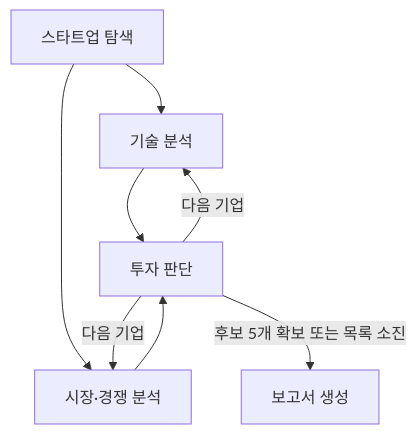
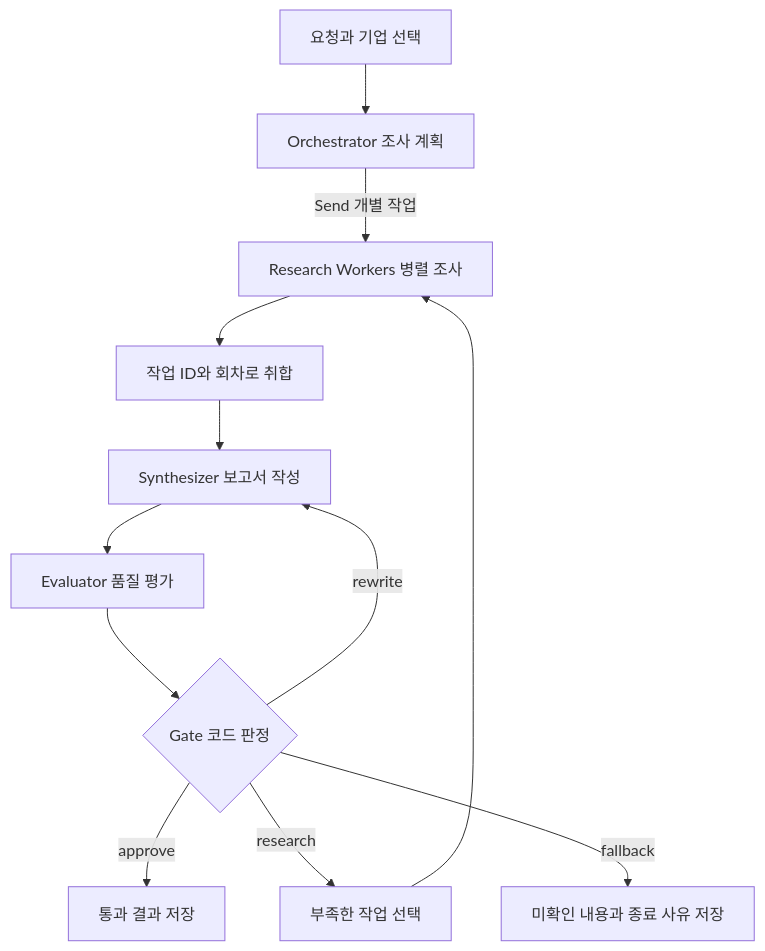
The diagram in README.md (nowjinpark/ai-startup-investment-agent), drawn with Mermaid before and after one commit. The commit also changed other lines of this file and 95 other files, not shown here.

````diff
--- a/README.md
+++ b/README.md
@@ -61,10 +127,14 @@
 ```mermaid
-graph TD
-    A[스타트업 탐색] --> B[기술 분석]
-    A --> C[시장·경쟁 분석]
-    B --> D[투자 판단]
-    C --> D
-    D -->|다음 기업| B
-    D -->|다음 기업| C
-    D -->|후보 5개 확보 또는 목록 소진| E[보고서 생성]
+flowchart TD
+    I[요청과 기업 선택] --> P[Orchestrator 조사 계획]
+    P -->|Send 개별 작업| W[Research Workers 병렬 조사]
+    W --> M[작업 ID와 회차로 취합]
+    M --> S[Synthesizer 보고서 작성]
+    S --> E[Evaluator 품질 평가]
+    E --> G{Gate 코드 판정}
+    G -->|approve| A[통과 결과 저장]
+    G -->|research| R[부족한 작업 선택]
+    R --> W
+    G -->|rewrite| S
+    G -->|fallback| F[미확인 내용과 종료 사유 저장]
 ```
````
